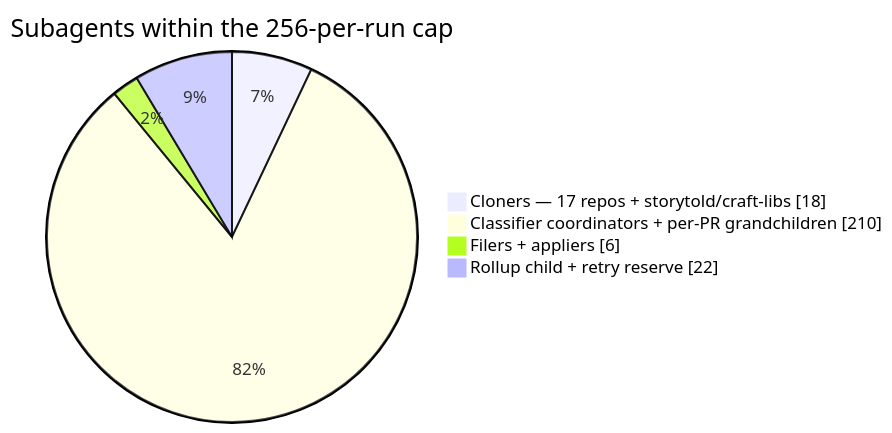
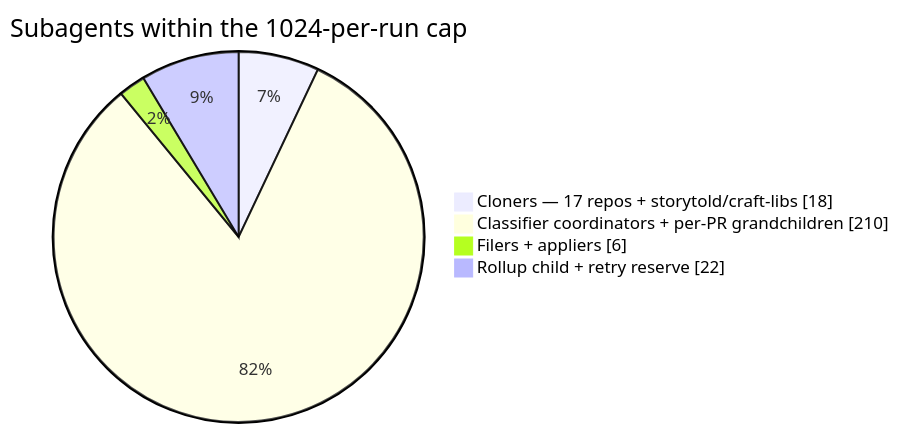
The ninth of 12 diagrams in docs/workflow-diagrams.md (ahmedhosnypro/craft-libs-adoption), drawn with Mermaid before and after one commit. The commit also changed other lines of this file, not shown here.

Commit message:
docs(scan): diagrams carry the 1024/1024 pool and unlimited subagent budgets

````diff
--- a/docs/workflow-diagrams.md
+++ b/docs/workflow-diagrams.md
@@ -237,7 +237,7 @@
 ```mermaid
-pie showData title Subagents within the 256-per-run cap
+pie showData title Subagents within the 1024-per-run cap
     "Cloners — 17 repos + storytold/craft-libs" : 18
     "Classifier coordinators + per-PR grandchildren" : 210
     "Filers + appliers" : 6
     "Rollup child + retry reserve" : 22
 ```
````
